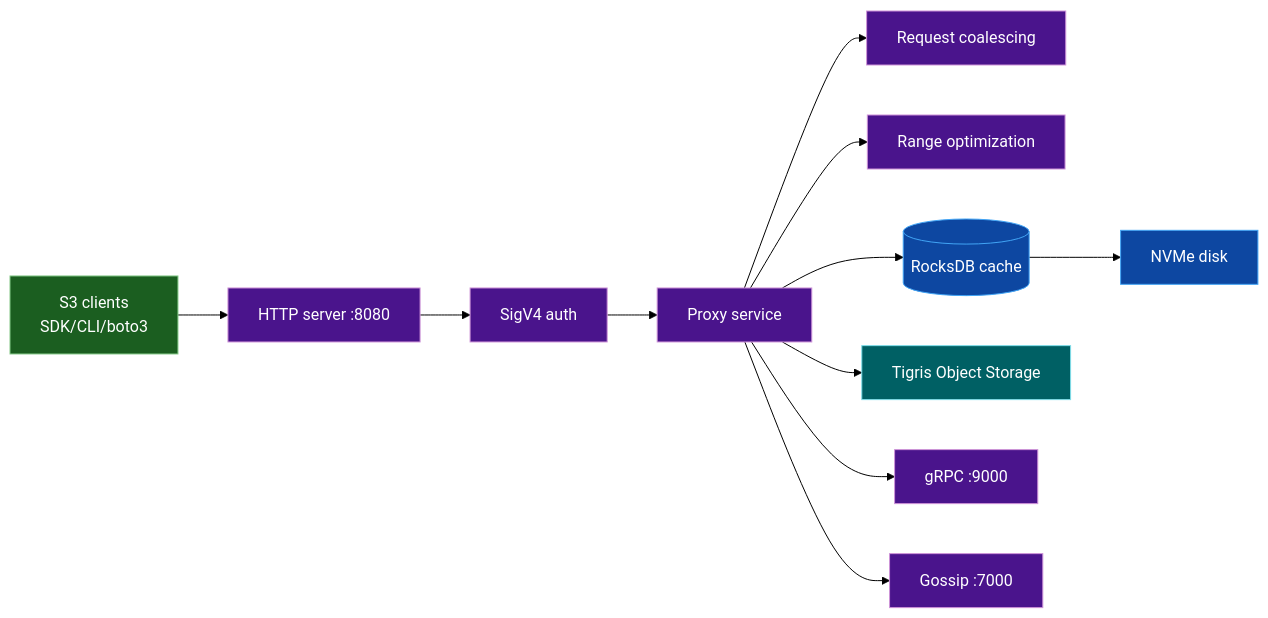
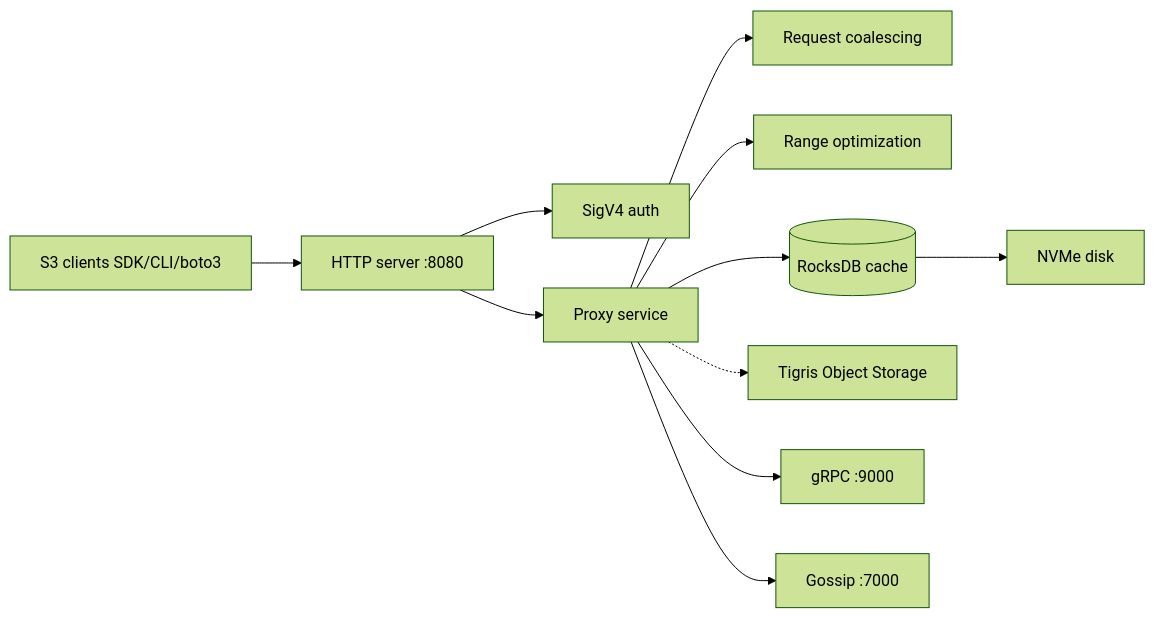
Before and after one commit to tigrisdata/tigris-os-docs: the fourth of 4 diagrams in docs/acceleration-gateway/index.mdx, drawn with Mermaid (forest theme). The commit also changed other lines of this file and 18 other files, not shown here.

First line of the commit message:
feat: replace mermaid diagrams with Excalidraw-style SVG components

`````diff
--- a/docs/acceleration-gateway/index.mdx
+++ b/docs/acceleration-gateway/index.mdx
@@ -219,18 +212,13 @@
 ```mermaid
 flowchart LR
-    classDef client fill:#1b5e20,stroke:#81c784,color:#fff
-    classDef tag fill:#4a148c,stroke:#ce93d8,color:#fff
-    classDef cache fill:#0d47a1,stroke:#42a5f5,color:#fff
-    classDef upstream fill:#006064,stroke:#80deea,color:#fff
-
-    C[S3 clients<br/>SDK/CLI/boto3]:::client --> H[HTTP server :8080]:::tag
-    H --> A[SigV4 auth]:::tag
-    A --> P[Proxy service]:::tag
-    P --> R[Request coalescing]:::tag
-    P --> G[Range optimization]:::tag
-    P --> K[(RocksDB cache)]:::cache
-    K --> D[NVMe disk]:::cache
-    P --> U[Tigris Object Storage]:::upstream
-    P --> X[gRPC :9000]:::tag
-    P --> M[Gossip :7000]:::tag
-````
+    C[S3 clients SDK/CLI/boto3] --> H[HTTP server :8080]
+    H --> A[SigV4 auth]
+    H --> P[Proxy service]
+    P --> R[Request coalescing]
+    P --> G[Range optimization]
+    P --> K[(RocksDB cache)]
+    K --> D[NVMe disk]
+    P -.-> U[Tigris Object Storage]
+    P --> X[gRPC :9000]
+    P --> M[Gossip :7000]
+```
`````
